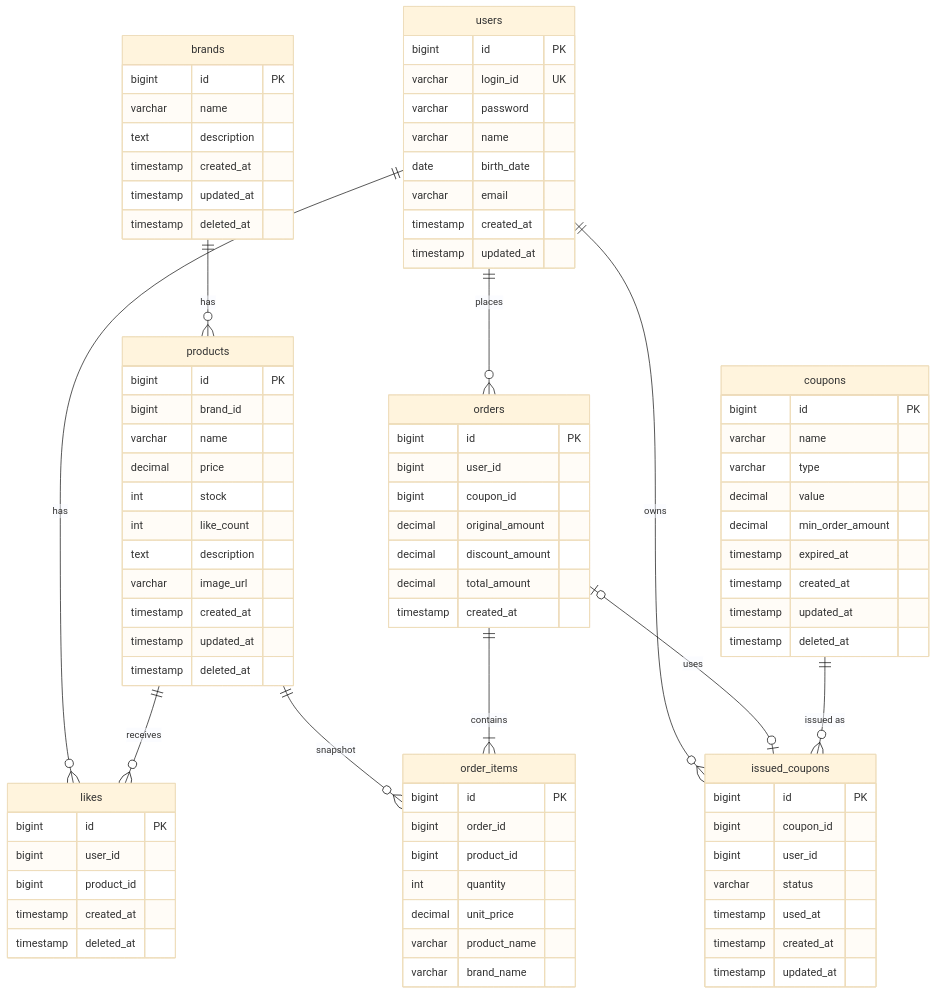
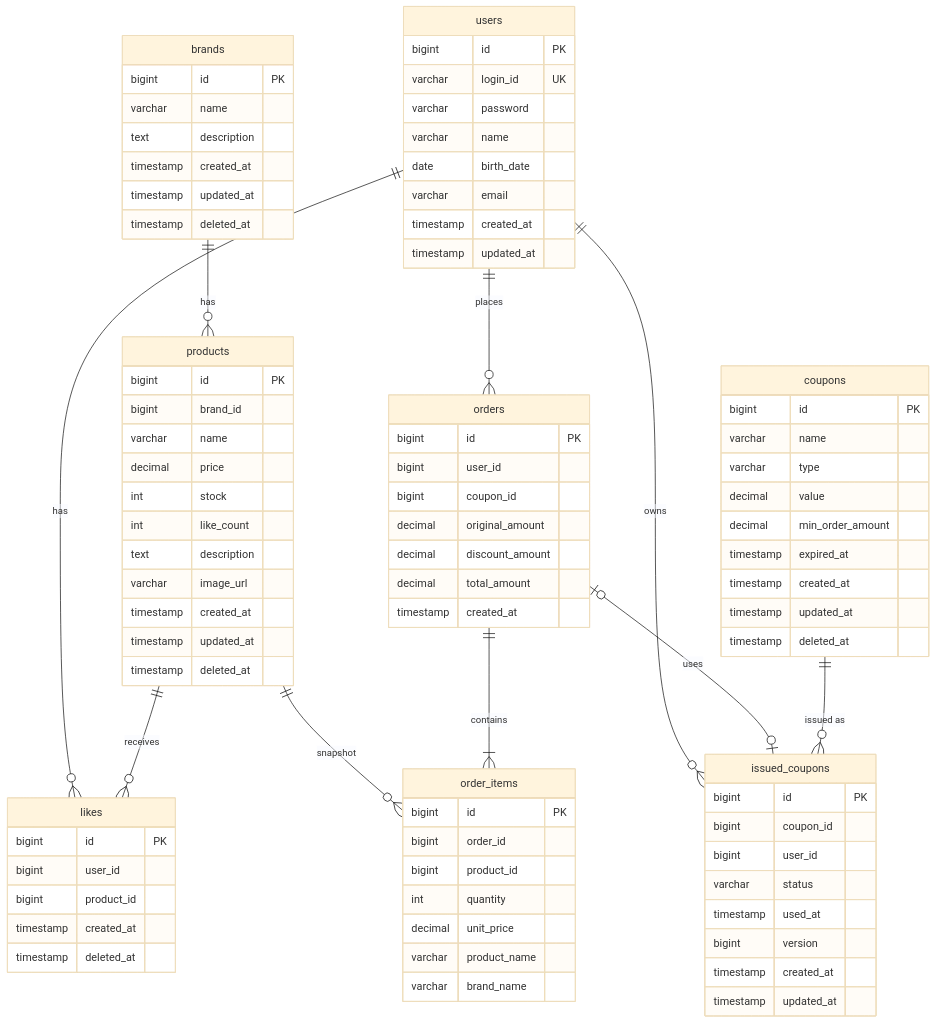
Before and after one commit to Loopers-dev-lab/loop-pack-be-l2-vol3-kotlin: the diagram in docs/design/04-erd.md, drawn with Mermaid (base theme). The commit also changed other lines of this file and 3 other files, not shown here.

```diff
--- a/docs/design/04-erd.md
+++ b/docs/design/04-erd.md
@@ -110,6 +110,7 @@
         bigint user_id
         varchar status
         timestamp used_at
+        bigint version
         timestamp created_at
         timestamp updated_at
     }
```
